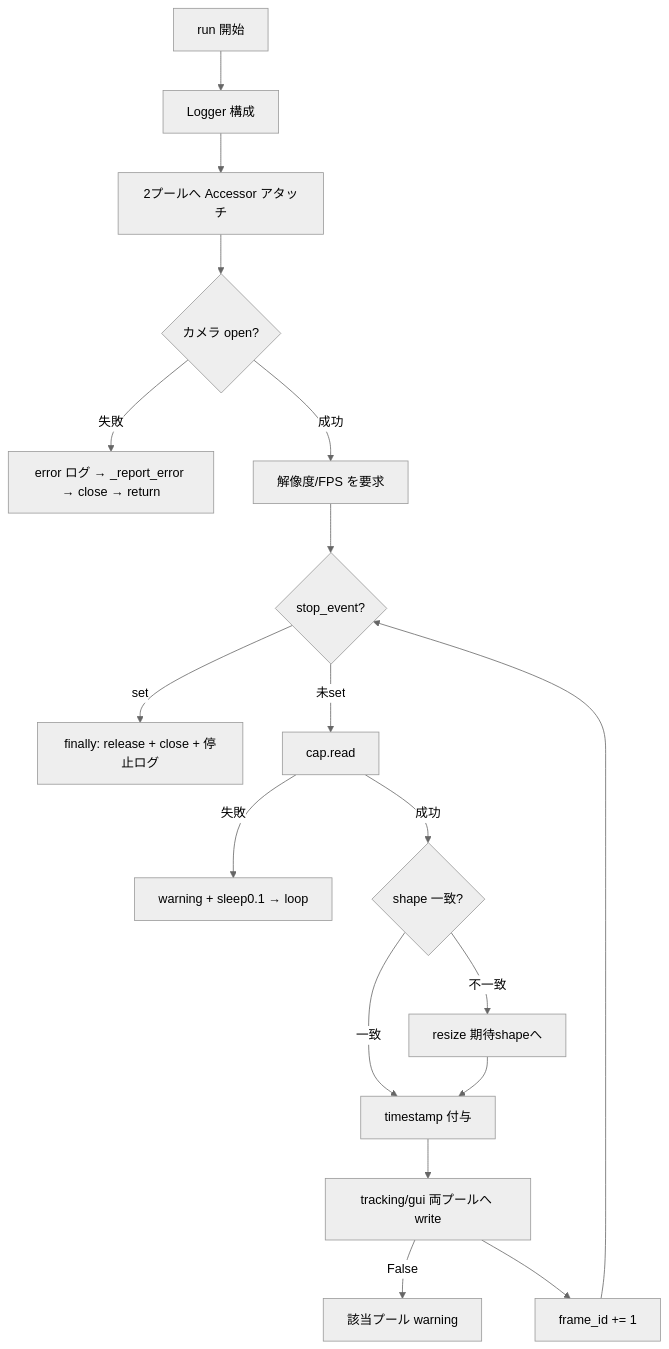
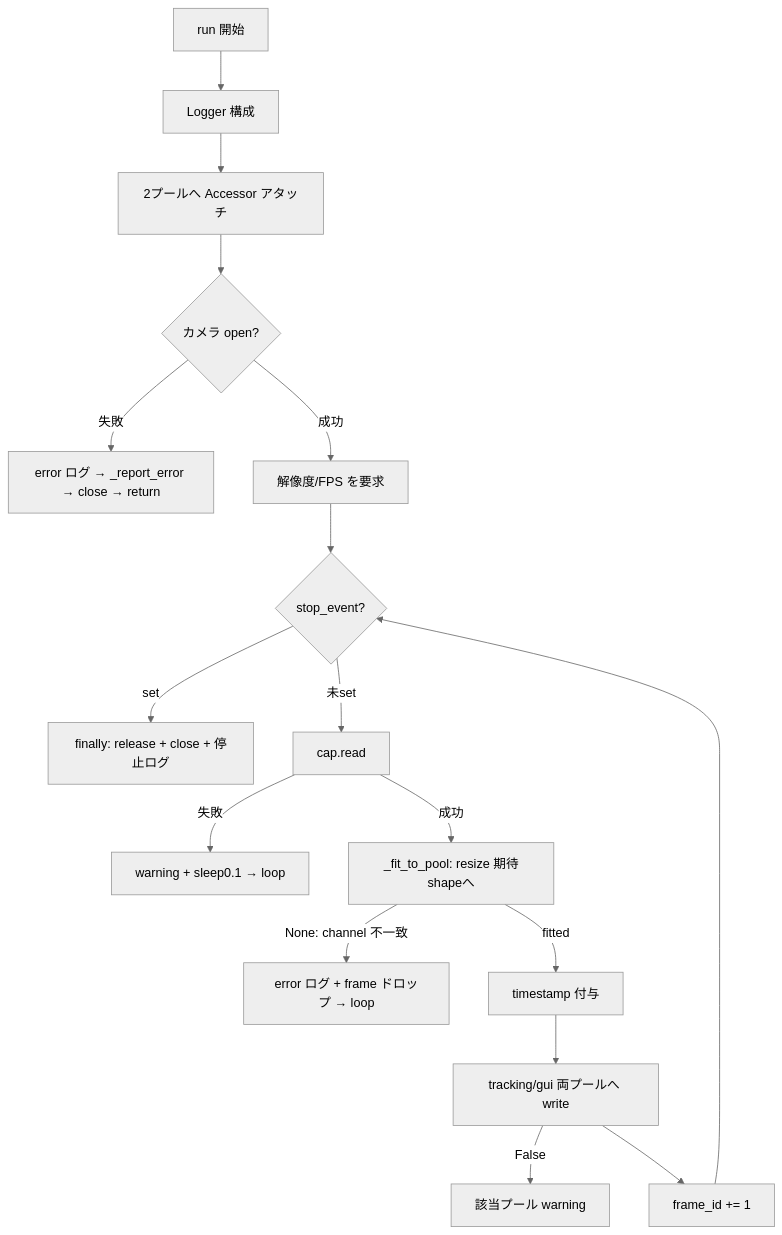
One commit to NobuoTsukamoto/multiprocess-object-tracker changed the diagram in docs/specs/camera-controller/design.md. Above: the diagram before and after it, drawn with Mermaid (neutral theme). The commit also changed other lines of this file and 5 other files, not shown here.

````diff
--- a/docs/specs/camera-controller/design.md
+++ b/docs/specs/camera-controller/design.md
@@ -39,19 +40,18 @@
 ```mermaid
 flowchart TD
     S[run 開始] --> L[Logger 構成]
     L --> A[2プールへ Accessor アタッチ]
     A --> O{カメラ open?}
     O -->|失敗| E[error ログ → _report_error → close → return]
     O -->|成功| C[解像度/FPS を要求]
     C --> W{stop_event?}
     W -->|set| F[finally: release + close + 停止ログ]
     W -->|未set| R[cap.read]
     R -->|失敗| RW[warning + sleep0.1 → loop]
-    R -->|成功| SZ{shape 一致?}
-    SZ -->|不一致| RS[resize 期待shapeへ]
-    SZ -->|一致| TS[timestamp 付与]
-    RS --> TS
+    R -->|成功| FIT[_fit_to_pool: resize 期待shapeへ]
+    FIT -->|None: channel 不一致| DROP[error ログ + frame ドロップ → loop]
+    FIT -->|fitted| TS[timestamp 付与]
     TS --> WR[tracking/gui 両プールへ write]
     WR -->|False| DW[該当プール warning]
     WR --> ID[frame_id += 1] --> W
 ```
````
